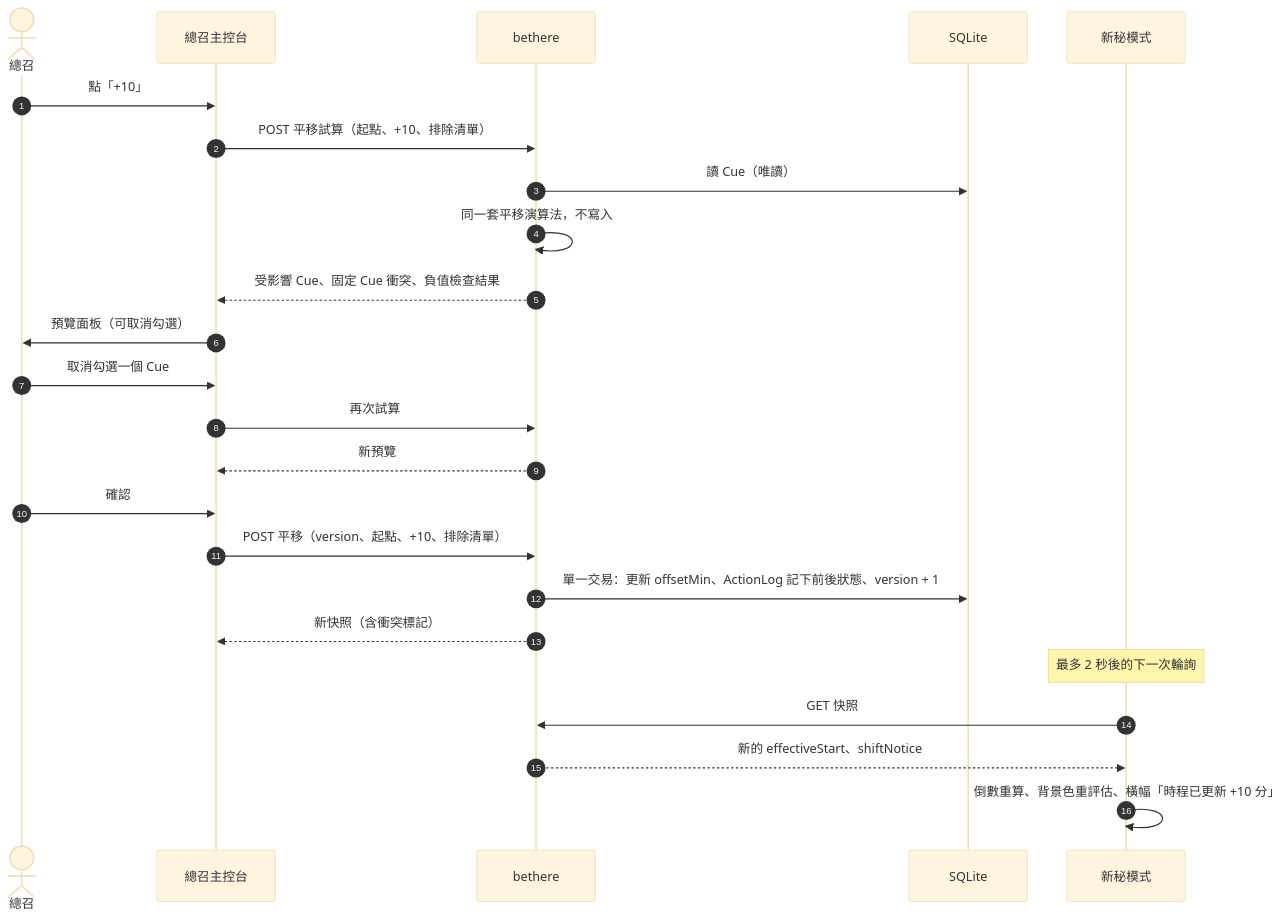
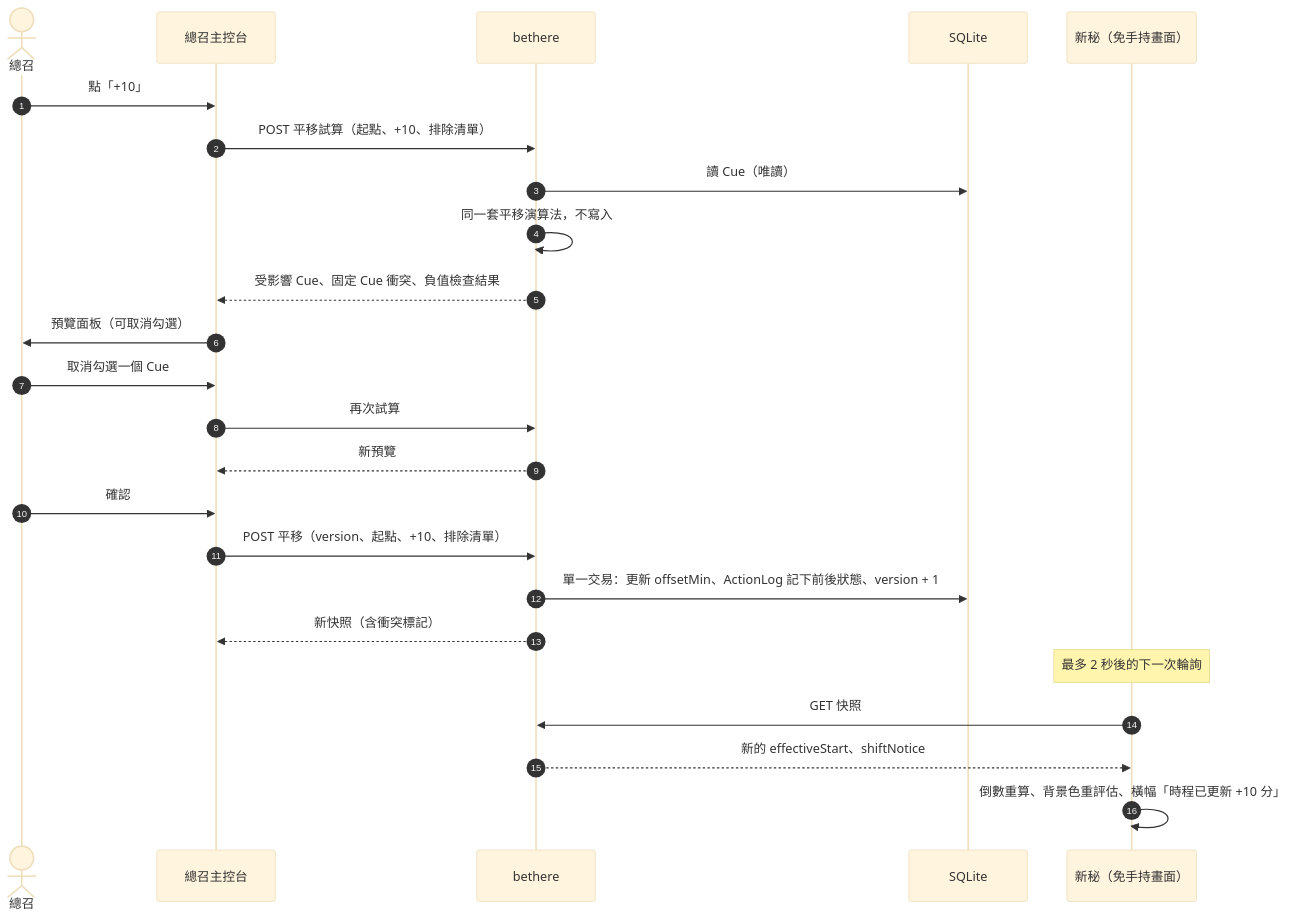
The fourth of 5 diagrams in docs/design/data-model.md (BensonPigo/bethere), drawn with Mermaid (base theme) before and after one commit. The commit also changed other lines of this file and 5 other files, not shown here.

````diff
--- a/docs/design/data-model.md
+++ b/docs/design/data-model.md
@@ -185,27 +186,27 @@
 ```mermaid
 sequenceDiagram
     autonumber
     actor M as 總召
     participant C as 總召主控台
     participant S as bethere
     participant D as SQLite
-    participant ST as 新秘模式
+    participant ST as 新秘（免手持畫面）
 
     M->>C: 點「+10」
     C->>S: POST 平移試算（起點、+10、排除清單）
     S->>D: 讀 Cue（唯讀）
     S->>S: 同一套平移演算法，不寫入
     S-->>C: 受影響 Cue、固定 Cue 衝突、負值檢查結果
     C->>M: 預覽面板（可取消勾選）
     M->>C: 取消勾選一個 Cue
     C->>S: 再次試算
     S-->>C: 新預覽
     M->>C: 確認
     C->>S: POST 平移（version、起點、+10、排除清單）
     S->>D: 單一交易：更新 offsetMin、ActionLog 記下前後狀態、version + 1
     S-->>C: 新快照（含衝突標記）
     Note over ST: 最多 2 秒後的下一次輪詢
     ST->>S: GET 快照
     S-->>ST: 新的 effectiveStart、shiftNotice
     ST->>ST: 倒數重算、背景色重評估、橫幅「時程已更新 +10 分」
 ```
````
